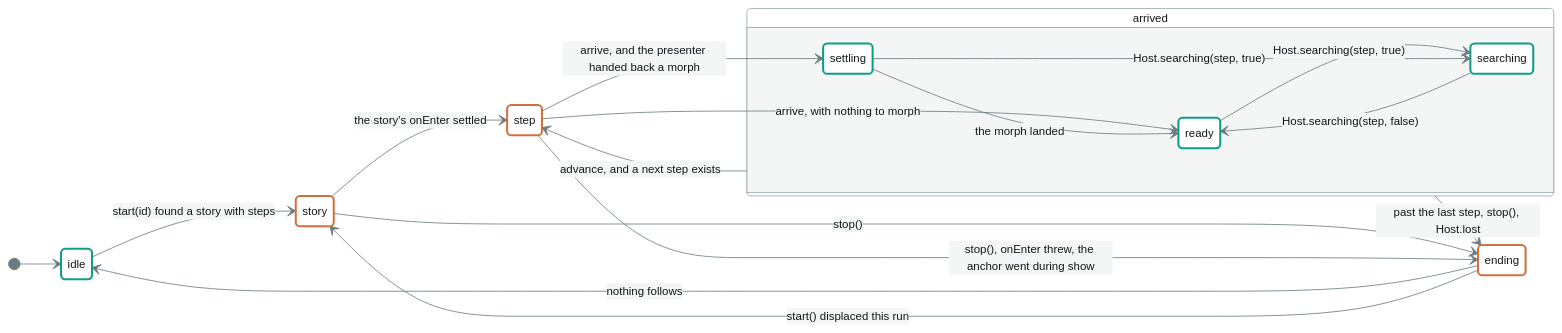
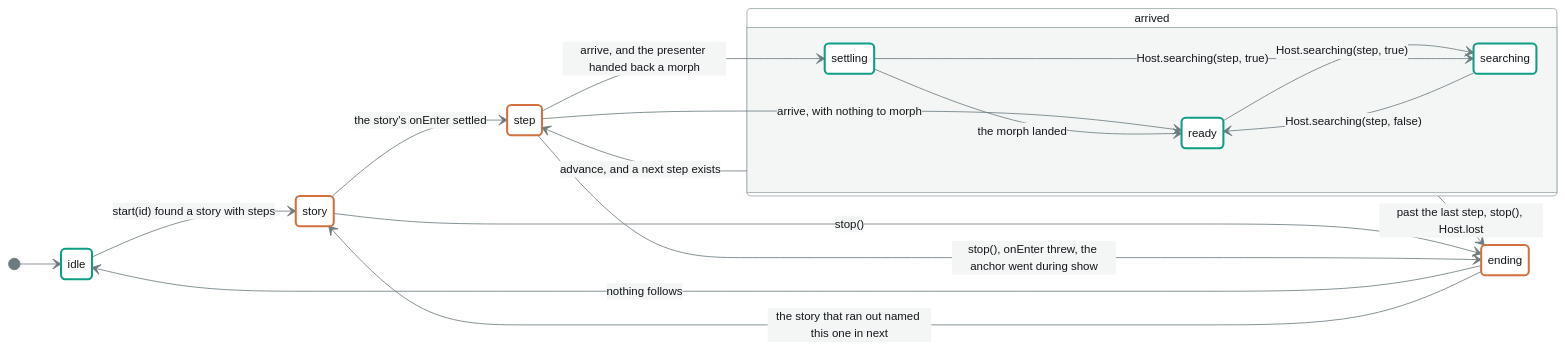
The first of 2 diagrams in packages/machine/model/phases.md (annetaan/leko), drawn with Mermaid before and after one commit. The commit also changed other lines of this file and 18 other files, not shown here.

````diff
--- a/packages/machine/model/phases.md
+++ b/packages/machine/model/phases.md
@@ -38,34 +38,34 @@
 ```mermaid
 %%{init: {'theme':'base','themeVariables':{'background':'#F4F6F6','primaryColor':'#FFFFFF','primaryTextColor':'#12171A','primaryBorderColor':'#9AA6A9','lineColor':'#6D7B80','textColor':'#12171A','edgeLabelBackground':'#F4F6F6','tertiaryColor':'#E9EDED','tertiaryTextColor':'#12171A','fontSize':'14px'}}}%%
 stateDiagram-v2
   direction LR
 
   [*] --> idle
   idle --> story : start(id) found a story with steps
 
   story --> step : the story's onEnter settled
 
   step --> ready : arrive, with nothing to morph
   step --> settling : arrive, and the presenter handed back a morph
 
   state arrived {
     settling --> ready : the morph landed
     ready --> searching : Host.searching(step, true)
     settling --> searching : Host.searching(step, true)
     searching --> ready : Host.searching(step, false)
   }
 
   arrived --> step : advance, and a next step exists
   arrived --> ending : past the last step, stop(), Host.lost
   story --> ending : stop()
   step --> ending : stop(), onEnter threw, the anchor went during show
 
   ending --> idle : nothing follows
-  ending --> story : start() displaced this run
+  ending --> story : the story that ran out named this one in next
 
   classDef open stroke:#0E9E86,stroke-width:2.5px
   classDef shut stroke:#D2703F,stroke-width:2.5px
 
   class idle,ready,settling,searching open
   class story,step,ending shut
 ```
````
